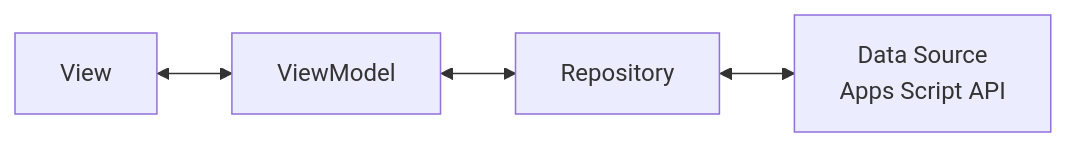
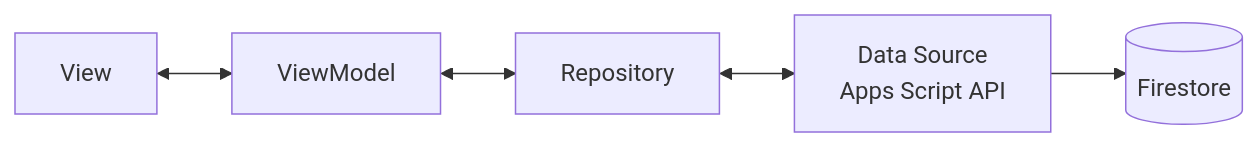
One commit to ducminh852005/fapcheckin changed the diagram in docs/04-kien-truc-app-va-web.md. Above: the diagram before and after it, drawn with Mermaid. The commit also changed other lines of this file and 53 other files, not shown here.

````diff
--- a/docs/04-kien-truc-app-va-web.md
+++ b/docs/04-kien-truc-app-va-web.md
@@ -11,4 +11,5 @@
 ```mermaid
 flowchart LR
     View <--> ViewModel <--> Repository <--> DataSource[Data Source<br/>Apps Script API]
+    DataSource --> DB[(Firestore)]
 ```
````
